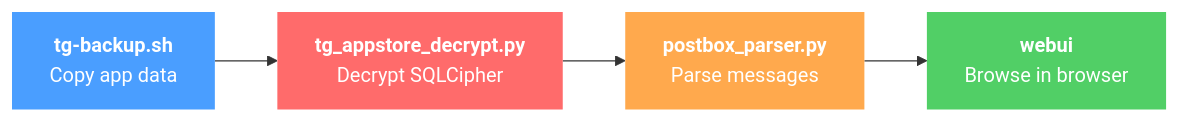
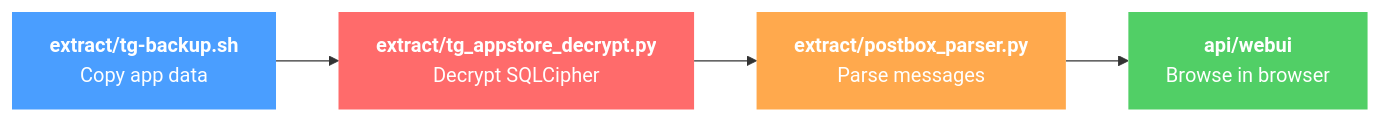
One commit to kolezka/telegram-data-viewer changed the first of 4 diagrams in README.md. Above: the diagram before and after it, drawn with Mermaid. The commit also changed other lines of this file and 1 other file, not shown here.

Commit message:
docs: update README and CLAUDE.md for api/ + extract/ layout

````diff
--- a/README.md
+++ b/README.md
@@ -9,11 +9,11 @@
 ```mermaid
 flowchart LR
-    A["<b>tg-backup.sh</b><br/>Copy app data"] --> B["<b>tg_appstore_decrypt.py</b><br/>Decrypt SQLCipher"]
-    B --> C["<b>postbox_parser.py</b><br/>Parse messages"]
-    C --> D["<b>webui</b><br/>Browse in browser"]
+    A["<b>extract/tg-backup.sh</b><br/>Copy app data"] --> B["<b>extract/tg_appstore_decrypt.py</b><br/>Decrypt SQLCipher"]
+    B --> C["<b>extract/postbox_parser.py</b><br/>Parse messages"]
+    C --> D["<b>api/webui</b><br/>Browse in browser"]
 
     style A fill:#4a9eff,color:#fff,stroke:none
     style B fill:#ff6b6b,color:#fff,stroke:none
     style C fill:#ffa94d,color:#fff,stroke:none
     style D fill:#51cf66,color:#fff,stroke:none
 ```
````
